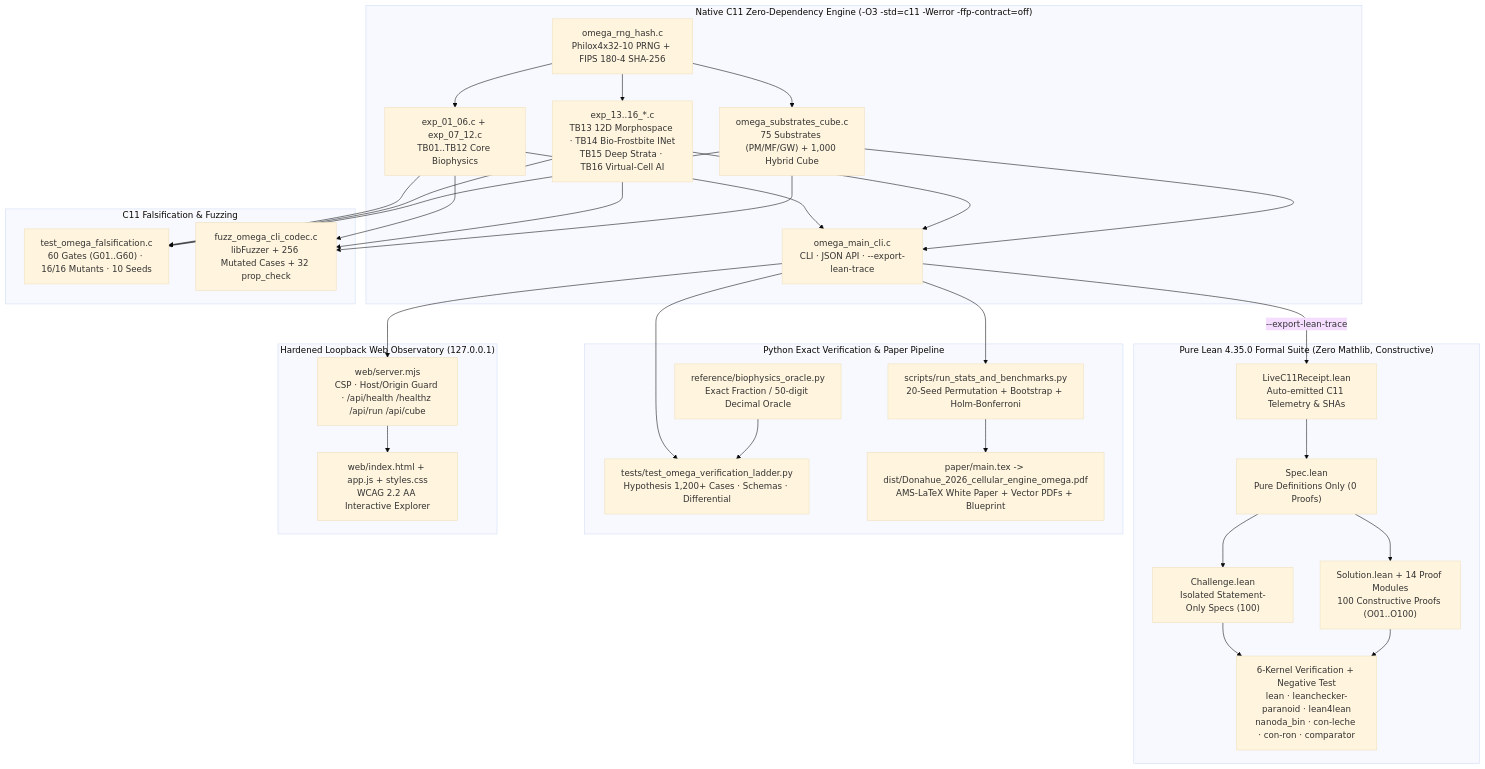
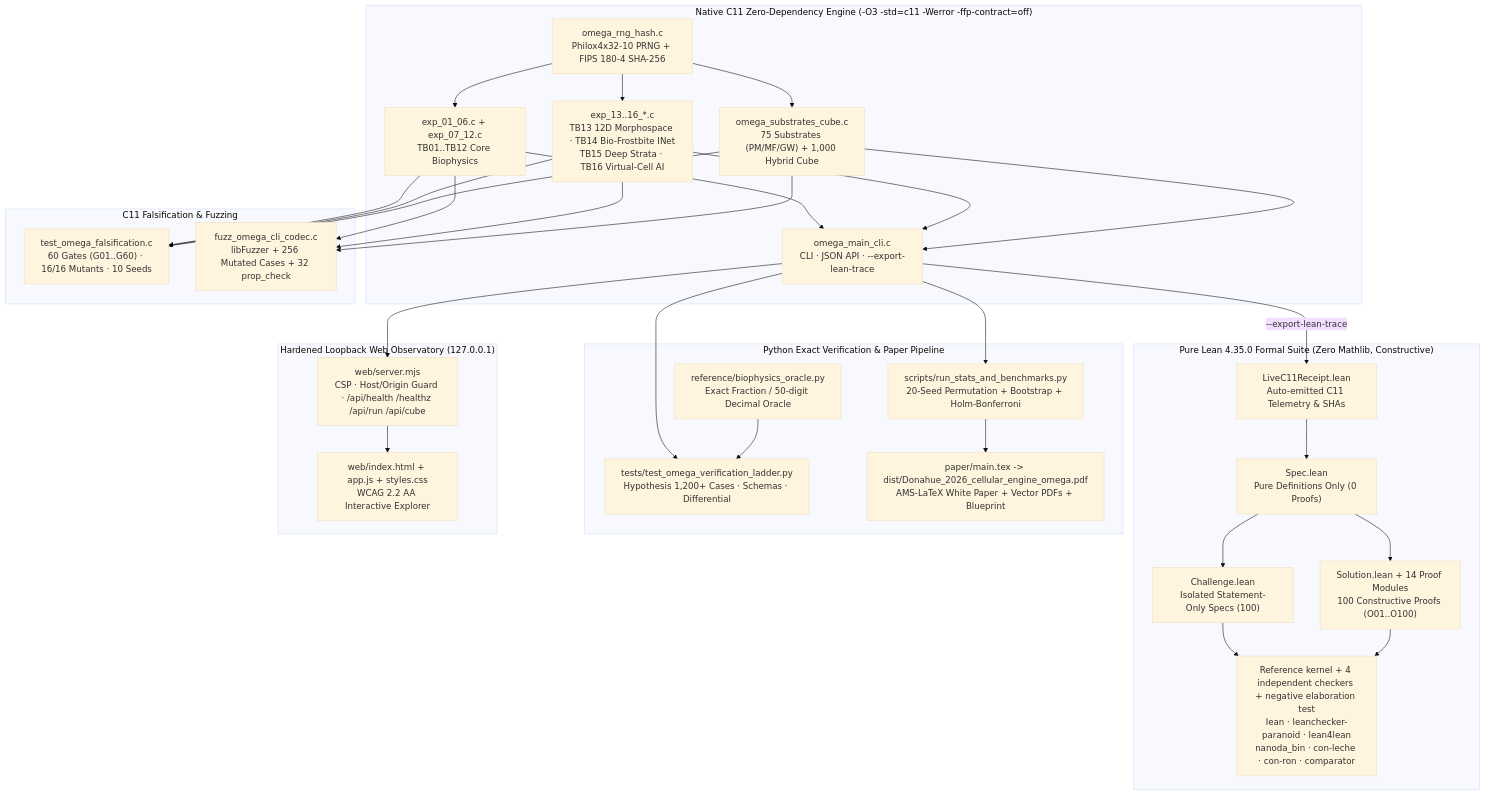
Before and after one commit to 0thernes/cellular-engine-omega: the diagram in docs/architecture.md, drawn with Mermaid (base theme). The commit also changed 7 other files, not shown here.

````diff
--- a/docs/architecture.md
+++ b/docs/architecture.md
@@ -5,46 +5,46 @@
 ```mermaid
 flowchart TD
     subgraph C11["Native C11 Zero-Dependency Engine (-O3 -std=c11 -Werror -ffp-contract=off)"]
         RNG["omega_rng_hash.c\nPhilox4x32-10 PRNG + FIPS 180-4 SHA-256"]
         TB1["exp_01_06.c + exp_07_12.c\nTB01..TB12 Core Biophysics"]
         TB2["exp_13..16_*.c\nTB13 12D Morphospace · TB14 Bio-Frostbite INet\nTB15 Deep Strata · TB16 Virtual-Cell AI"]
         CUBE["omega_substrates_cube.c\n75 Substrates (PM/MF/GW) + 1,000 Hybrid Cube"]
         CLI["omega_main_cli.c\nCLI · JSON API · --export-lean-trace"]
         RNG --> TB1 & TB2 & CUBE
         TB1 & TB2 & CUBE --> CLI
     end
 
     subgraph VERIFY_C["C11 Falsification & Fuzzing"]
         FALS["test_omega_falsification.c\n60 Gates (G01..G60) · 16/16 Mutants · 10 Seeds"]
         FUZZ["fuzz_omega_cli_codec.c\nlibFuzzer + 256 Mutated Cases + 32 prop_check"]
         TB1 & TB2 & CUBE --> FALS & FUZZ
     end
 
     subgraph LEAN["Pure Lean 4.35.0 Formal Suite (Zero Mathlib, Constructive)"]
         RECEIPT["LiveC11Receipt.lean\nAuto-emitted C11 Telemetry & SHAs"]
         SPEC["Spec.lean\nPure Definitions Only (0 Proofs)"]
         CHAL["Challenge.lean\nIsolated Statement-Only Specs (100)"]
         SOL["Solution.lean + 14 Proof Modules\n100 Constructive Proofs (O01..O100)"]
-        KERN["6-Kernel Verification + Negative Test\nlean · leanchecker-paranoid · lean4lean\nnanoda_bin · con-leche · con-ron · comparator"]
+        KERN["Reference kernel + 4 independent checkers + negative elaboration test\nlean · leanchecker-paranoid · lean4lean\nnanoda_bin · con-leche · con-ron · comparator"]
         CLI -- "--export-lean-trace" --> RECEIPT
         RECEIPT --> SPEC
         SPEC --> CHAL & SOL
         CHAL & SOL --> KERN
     end
 
     subgraph PY["Python Exact Verification & Paper Pipeline"]
         ORACLE["reference/biophysics_oracle.py\nExact Fraction / 50-digit Decimal Oracle"]
         PYTEST["tests/test_omega_verification_ladder.py\nHypothesis 1,200+ Cases · Schemas · Differential"]
         STATS["scripts/run_stats_and_benchmarks.py\n20-Seed Permutation + Bootstrap + Holm-Bonferroni"]
         PAPER["paper/main.tex -> dist/Donahue_2026_cellular_engine_omega.pdf\nAMS-LaTeX White Paper + Vector PDFs + Blueprint"]
         CLI --> PYTEST & STATS
         ORACLE --> PYTEST
         STATS --> PAPER
     end
 
     subgraph WEB["Hardened Loopback Web Observatory (127.0.0.1)"]
         SRV["web/server.mjs\nCSP · Host/Origin Guard · /api/health /healthz /api/run /api/cube"]
         UI["web/index.html + app.js + styles.css\nWCAG 2.2 AA Interactive Explorer"]
         CLI --> SRV --> UI
     end
 ```
````
